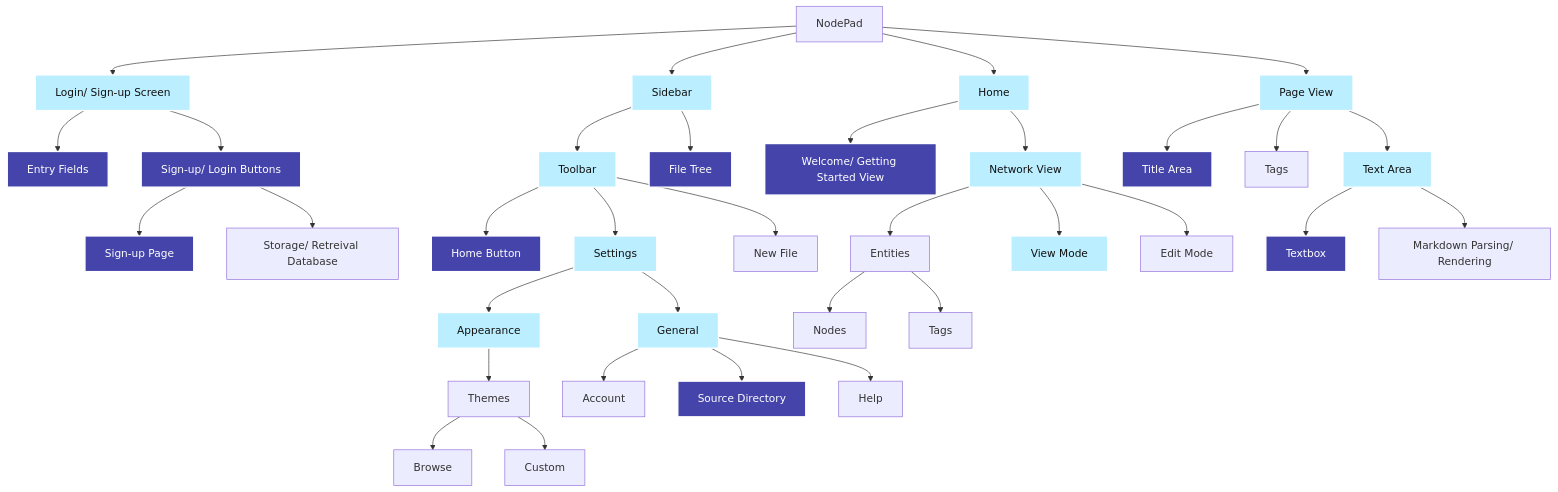
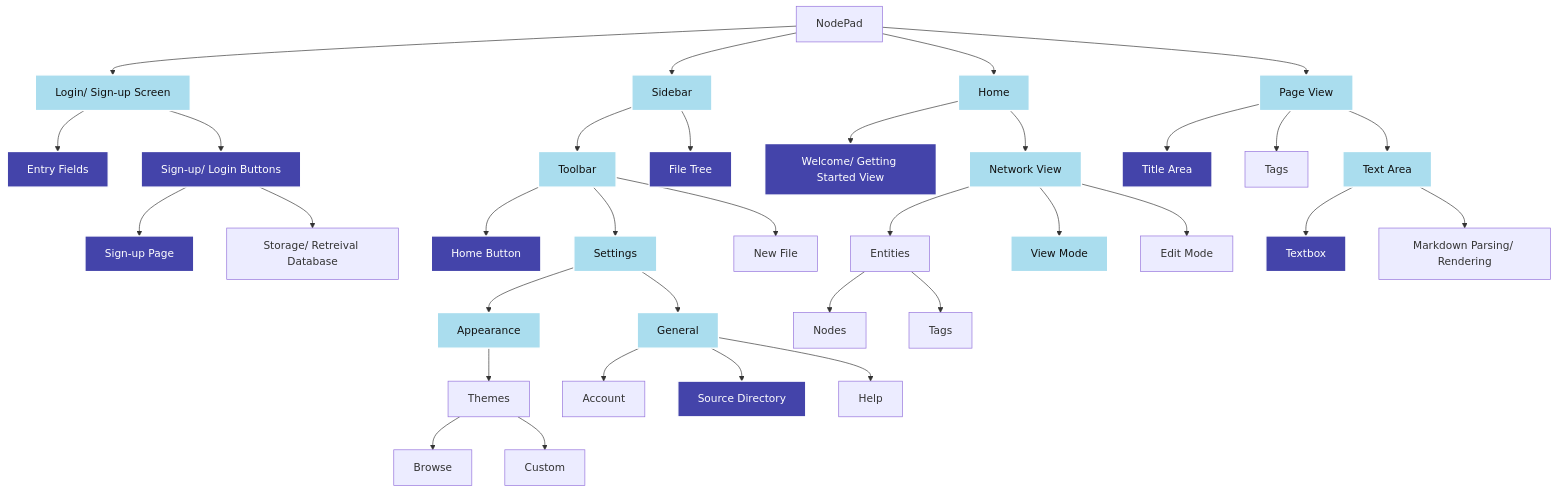
The diagram in Write-up/2 - Iterative Development/2.1-Iteration1/2.1.2-functionality_of_prototype.md (samcalthrop/NodePad), drawn with Mermaid before and after one commit.

Commit message:
testing mermaid diagram for write up

````diff
--- a/Write-up/2 - Iterative Development/2.1-Iteration1/2.1.2-functionality_of_prototype.md
+++ b/Write-up/2 - Iterative Development/2.1-Iteration1/2.1.2-functionality_of_prototype.md
@@ -6,44 +6,44 @@
 ```mermaid
 
 flowchart TD
 
 	A --> U[Login/ Sign-up Screen]:::highlight-half
 	U --> V[Entry Fields]:::highlight
 	U --> W[Sign-up/ Login Buttons]:::highlight
 	W --> Z[Sign-up Page]:::highlight
 	W --> ZA[Storage/ Retreival Database]
 
   A[NodePad] --> B[Sidebar]:::highlight-half
   B --> C[Toolbar]:::highlight-half
   B --> D[File Tree]:::highlight
   C --> E[Home Button]:::highlight
   C --> F[Settings]:::highlight-half
   F --> G[Appearance]:::highlight-half
   G --> H[Themes]
   H --> Browse
   H --> Custom
   F --> X[General]:::highlight-half
   X --> Account
   X --> Y[Source Directory]:::highlight
   X --> Help
   C --> J[New File]
 
   A --> K[Home]:::highlight-half
   K --> L[Welcome/ Getting Started View]:::highlight
   K --> M[Network View]:::highlight-half
   M --> N[Entities]
   N --> Nodes
   N --> Tags
   M --> O[View Mode]:::highlight-half
   M --> P[Edit Mode]
 
   A --> Q[Page View]:::highlight-half
   Q --> R[Title Area]:::highlight
   Q --> S[Tags]
   Q --> T[Text Area]:::highlight-half
   T --> ZB[Textbox]:::highlight
   T --> ZC[Markdown Parsing/ Rendering]
 
   classDef highlight fill:#44a,stroke:#fff,stroke-width:2px,color:#fff
-  classDef highlight-half fill:#bef,stroke:#fff,stroke-width:2px,color:#111
+  classDef highlight-half fill:#ade,stroke:#fff,stroke-width:2px,color:#111
 ```
````
